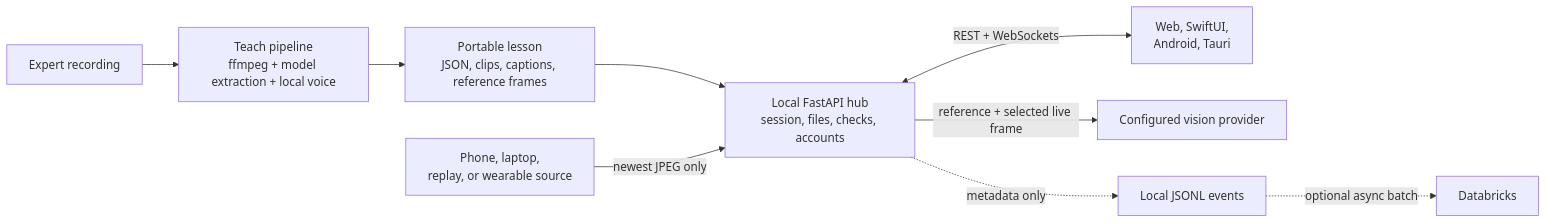
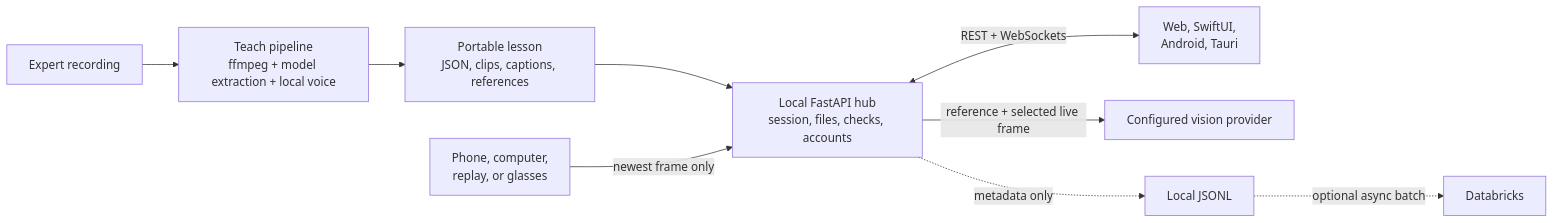
One commit to pr4nav3/HandOver changed the diagram in README.md. Above: the diagram before and after it, drawn with Mermaid. The commit also changed other lines of this file and 9 other files, not shown here.

````diff
--- a/README.md
+++ b/README.md
@@ -28,11 +91,11 @@
 ```mermaid
 flowchart LR
   video["Expert recording"] --> teach["Teach pipeline<br/>ffmpeg + model extraction + local voice"]
-  teach --> lesson["Portable lesson<br/>JSON, clips, captions, reference frames"]
+  teach --> lesson["Portable lesson<br/>JSON, clips, captions, references"]
   lesson --> hub["Local FastAPI hub<br/>session, files, checks, accounts"]
-  camera["Phone, laptop,<br/>replay, or wearable source"] -->|"newest JPEG only"| hub
+  camera["Phone, computer,<br/>replay, or glasses"] -->|"newest frame only"| hub
   hub <-->|"REST + WebSockets"| clients["Web, SwiftUI,<br/>Android, Tauri"]
   hub -->|"reference + selected live frame"| vision["Configured vision provider"]
-  hub -. "metadata only" .-> jsonl["Local JSONL events"]
+  hub -. "metadata only" .-> jsonl["Local JSONL"]
   jsonl -. "optional async batch" .-> db["Databricks"]
 ```
````
